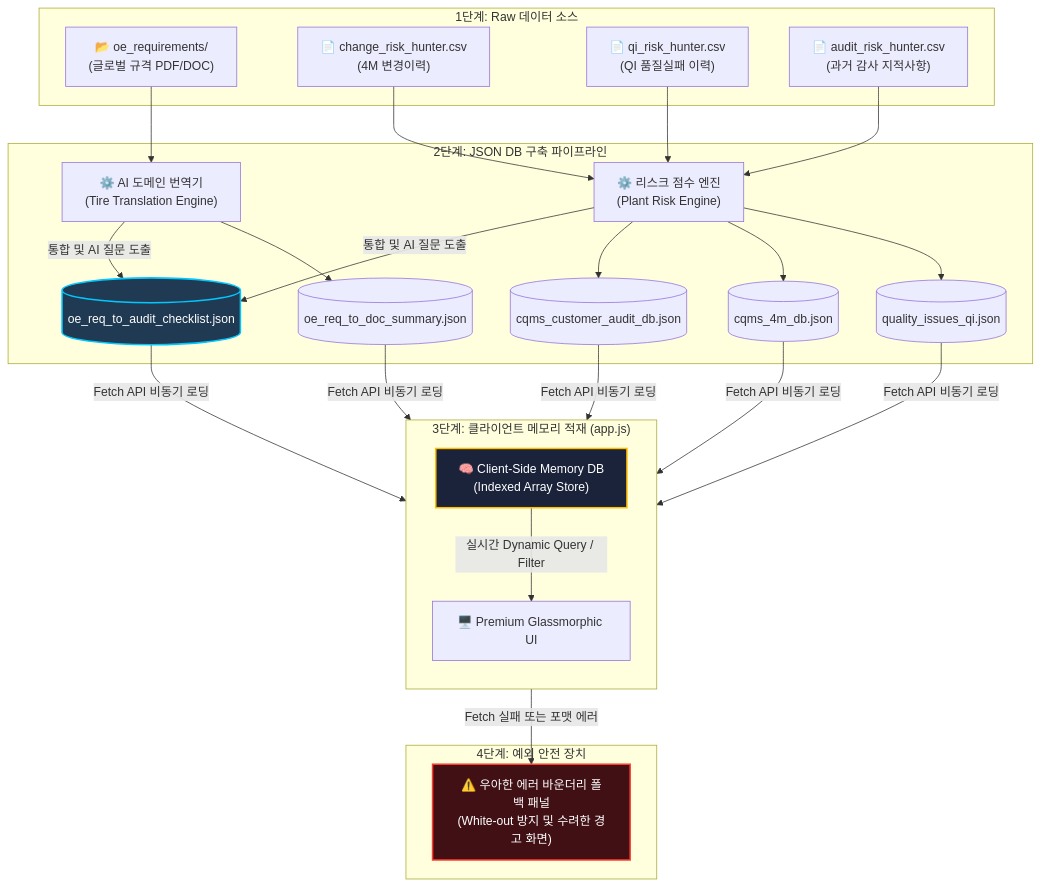
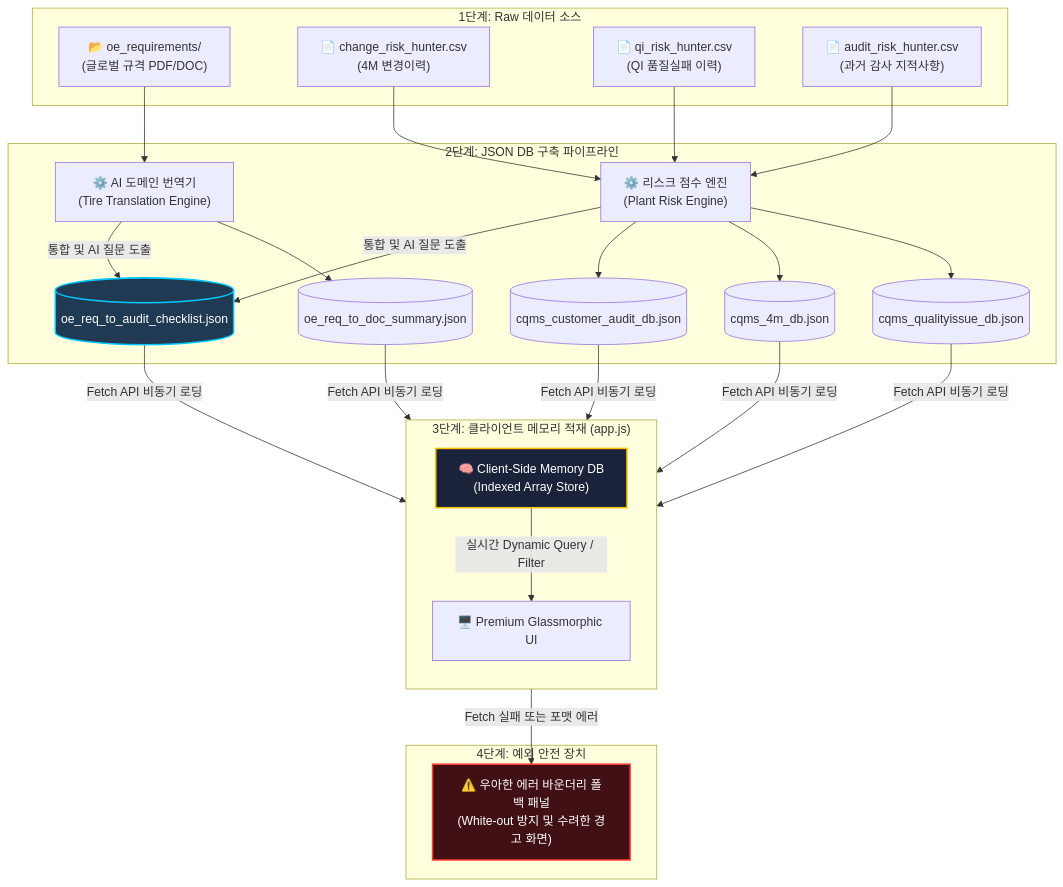
One commit to jumasi-34/RiskHunter changed the diagram in context/18_resource_json_database_transition_spec.md. Above: the diagram before and after it, drawn with Mermaid. The commit also changed other lines of this file and 7 other files, not shown here.

Commit message:
refactor: rename quality_issues_qi.json to cqms_qualityissue_db.json and update all related references and documents

````diff
--- a/context/18_resource_json_database_transition_spec.md
+++ b/context/18_resource_json_database_transition_spec.md
@@ -24,38 +24,38 @@
 ```mermaid
 flowchart TD
     subgraph Raw_Sources ["1단계: Raw 데이터 소스"]
         A1["📂 oe_requirements/<br>(글로벌 규격 PDF/DOC)"]
         A2["📄 change_risk_hunter.csv<br>(4M 변경이력)"]
         A3["📄 qi_risk_hunter.csv<br>(QI 품질실패 이력)"]
         A4["📄 audit_risk_hunter.csv<br>(과거 감사 지적사항)"]
     end
 
     subgraph ETL_Pipeline ["2단계: JSON DB 구축 파이프라인"]
         B1["⚙️ AI 도메인 번역기<br>(Tire Translation Engine)"]
         B2["⚙️ 리스크 점수 엔진<br>(Plant Risk Engine)"]
         
         A1 --> B1
         A2 & A3 & A4 --> B2
         
         B1 --> C1[("oe_req_to_doc_summary.json")]
-        B2 --> C2[("quality_issues_qi.json")]
+        B2 --> C2[("cqms_qualityissue_db.json")]
         B2 --> C3[("cqms_4m_db.json")]
         B2 --> C4[("cqms_customer_audit_db.json")]
         
         B1 & B2 -->|통합 및 AI 질문 도출| C5[("oe_req_to_audit_checklist.json")]
     end
 
     subgraph Client_Runtime ["3단계: 클라이언트 메모리 적재 (app.js)"]
         direction TB
         C1 & C2 & C3 & C4 & C5 -->|Fetch API 비동기 로딩| ME["🧠 Client-Side Memory DB<br>(Indexed Array Store)"]
         ME -->|실시간 Dynamic Query / Filter| UI["🖥️ Premium Glassmorphic UI"]
     end
 
     subgraph Error_Boundary ["4단계: 예외 안전 장치"]
         UI -->|Fetch 실패 또는 포맷 에러| FE["⚠️ 우아한 에러 바운더리 폴백 패널<br>(White-out 방지 및 수려한 경고 화면)"]
     end
 
     style C5 fill:#1f3a52,stroke:#00c8ff,stroke-width:2px,color:#fff
     style ME fill:#1a233a,stroke:#ffbf00,stroke-width:2px,color:#fff
     style FE fill:#401015,stroke:#ff3b30,stroke-width:2px,color:#fff
 ```
````
